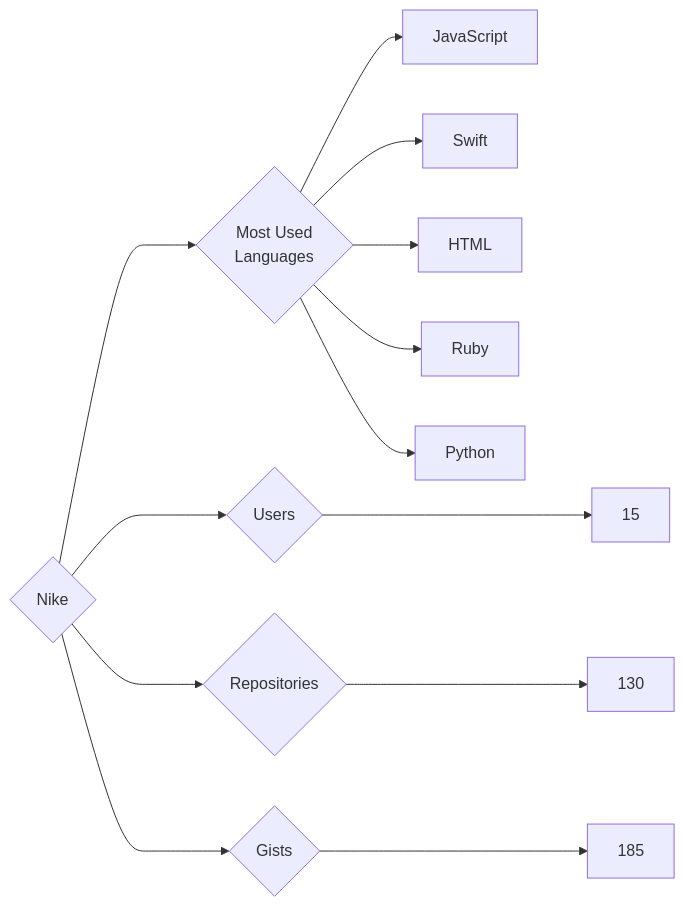
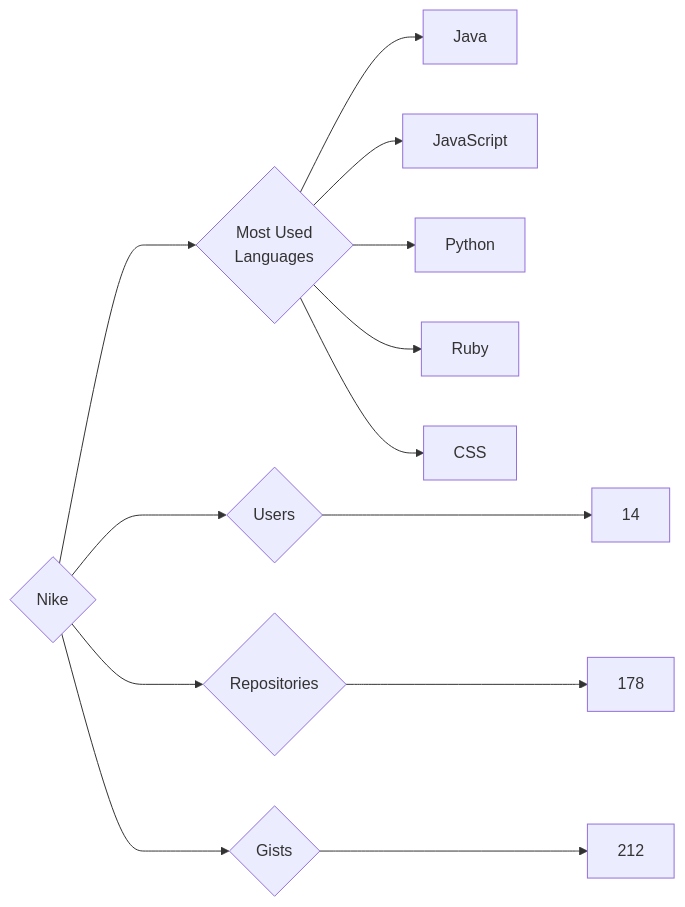
The diagram in targets/Nike/README.md (trickest/insiders), drawn with Mermaid before and after one commit. The commit also changed 814 other files, not shown here.

````diff
--- a/targets/Nike/README.md
+++ b/targets/Nike/README.md
@@ -3,13 +3,13 @@
 ```mermaid
 graph LR
 COMPANY_NAME{Nike}
-COMPANY_NAME ---> U{Users} ---> UN[15]
-COMPANY_NAME ---> R{Repositories} ---> RN[130]
-COMPANY_NAME ---> G{Gists} ---> GN[185]
+COMPANY_NAME ---> U{Users} ---> UN[14]
+COMPANY_NAME ---> R{Repositories} ---> RN[178]
+COMPANY_NAME ---> G{Gists} ---> GN[212]
 COMPANY_NAME ---> ML{Most Used<br>Languages}
+ML --> Java[Java]
 ML --> JavaScript[JavaScript]
-ML --> Swift[Swift]
-ML --> HTML[HTML]
+ML --> Python[Python]
 ML --> Ruby[Ruby]
-ML --> Python[Python]
+ML --> CSS[CSS]
 ```
````
